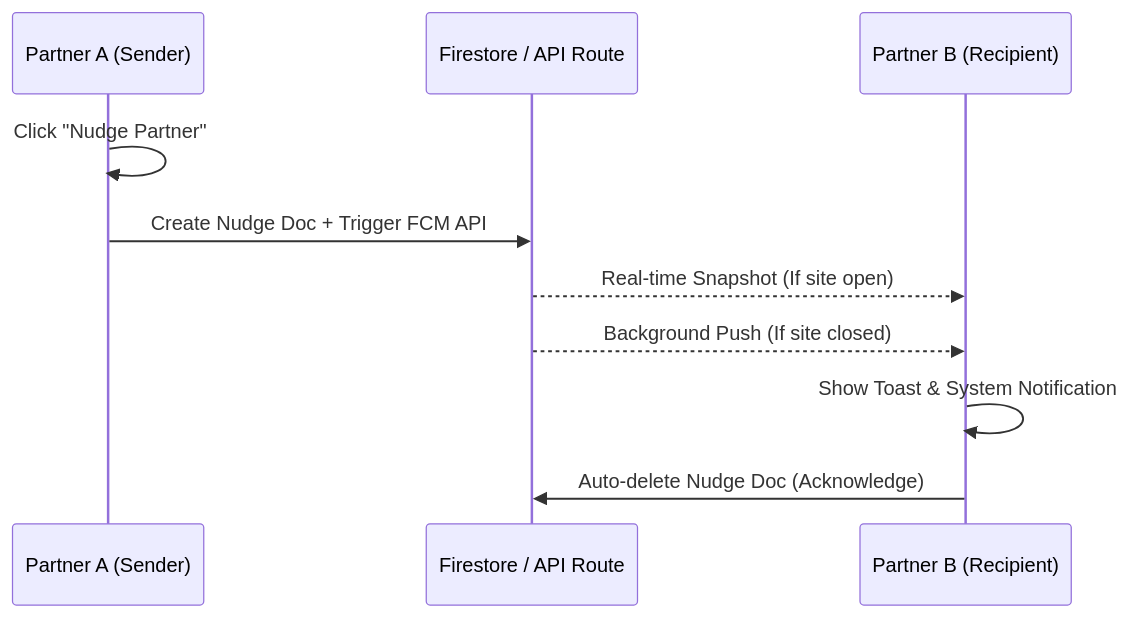
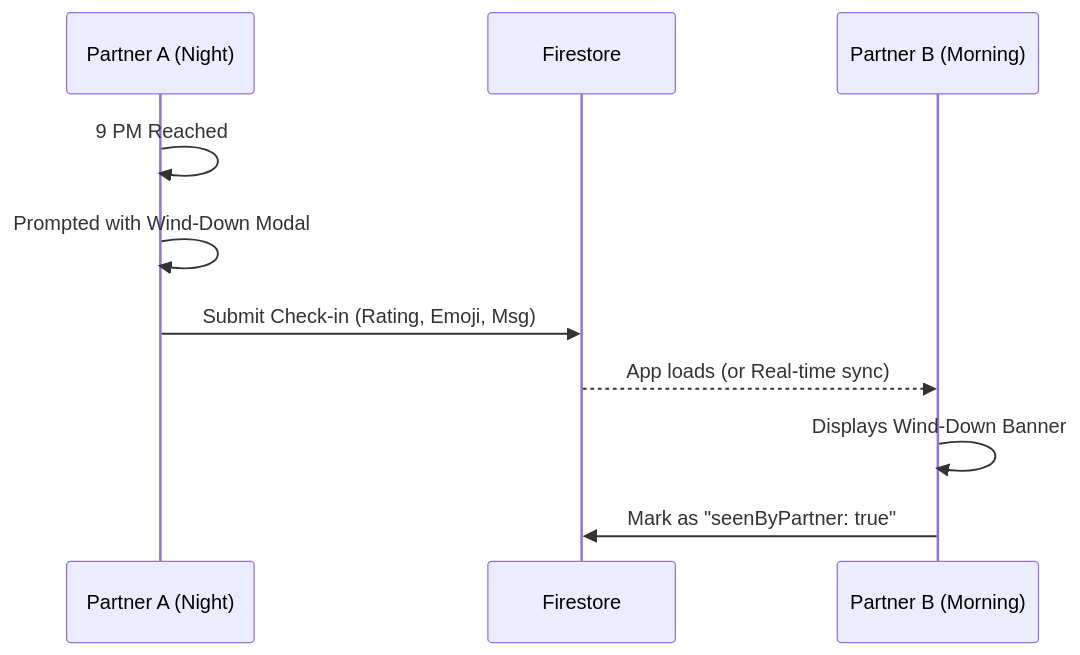
One commit to aryansoni13/AstraBond changed the second of 3 diagrams in projectOverview.md. Above: the diagram before and after it, drawn with Mermaid. The commit also changed other lines of this file and 1 other file, not shown here.

````diff
--- a/projectOverview.md
+++ b/projectOverview.md
@@ -48,13 +55,13 @@
 ```mermaid
 sequenceDiagram
-    participant UserA as Partner A (Sender)
-    participant FS as Firestore / API Route
-    participant UserB as Partner B (Recipient)
+    participant UserA as Partner A (Night)
+    participant FS as Firestore
+    participant UserB as Partner B (Morning)
 
-    UserA->>UserA: Click "Nudge Partner"
-    UserA->>FS: Create Nudge Doc + Trigger FCM API
-    FS-->>UserB: Real-time Snapshot (If site open)
-    FS-->>UserB: Background Push (If site closed)
-    UserB->>UserB: Show Toast & System Notification
-    UserB->>FS: Auto-delete Nudge Doc (Acknowledge)
+    UserA->>UserA: 9 PM Reached
+    UserA->>UserA: Prompted with Wind-Down Modal
+    UserA->>FS: Submit Check-in (Rating, Emoji, Msg)
+    FS-->>UserB: App loads (or Real-time sync)
+    UserB->>UserB: Displays Wind-Down Banner
+    UserB->>FS: Mark as "seenByPartner: true"
 ```
````
